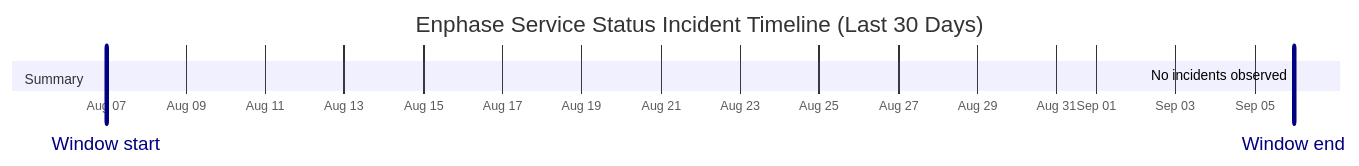
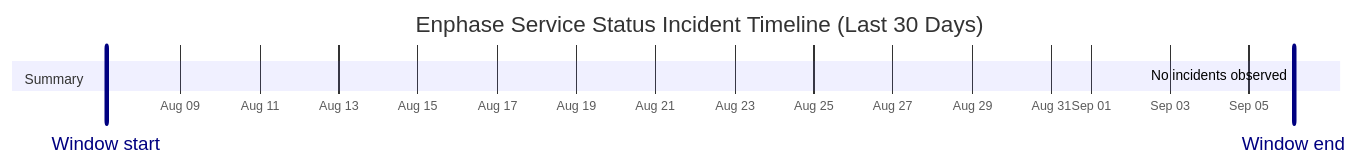
One commit to barneyonline/ha-enphase-energy changed the diagram in wiki/Service-Status-History.md. Above: the diagram before and after it, drawn with Mermaid. The commit also changed other lines of this file and 3 other files, not shown here.

````diff
--- a/wiki/Service-Status-History.md
+++ b/wiki/Service-Status-History.md
@@ -14,10 +14,10 @@
 ```mermaid
 gantt
     title Enphase Service Status Incident Timeline (Last 30 Days)
     dateFormat  YYYY-MM-DDTHH:mm:ss
     axisFormat  %b %d
-    Window start :vert, window-start, 2026-08-06T23:45:04, 0ms
-    Window end :vert, window-end, 2026-09-05T23:45:04, 0ms
+    Window start :vert, window-start, 2026-08-07T03:01:26, 0ms
+    Window end :vert, window-end, 2026-09-06T03:01:26, 0ms
     section Summary
-    No incidents observed :done, 2026-09-05T23:45:04, 1m
+    No incidents observed :done, 2026-09-06T03:01:26, 1m
 ```
````
